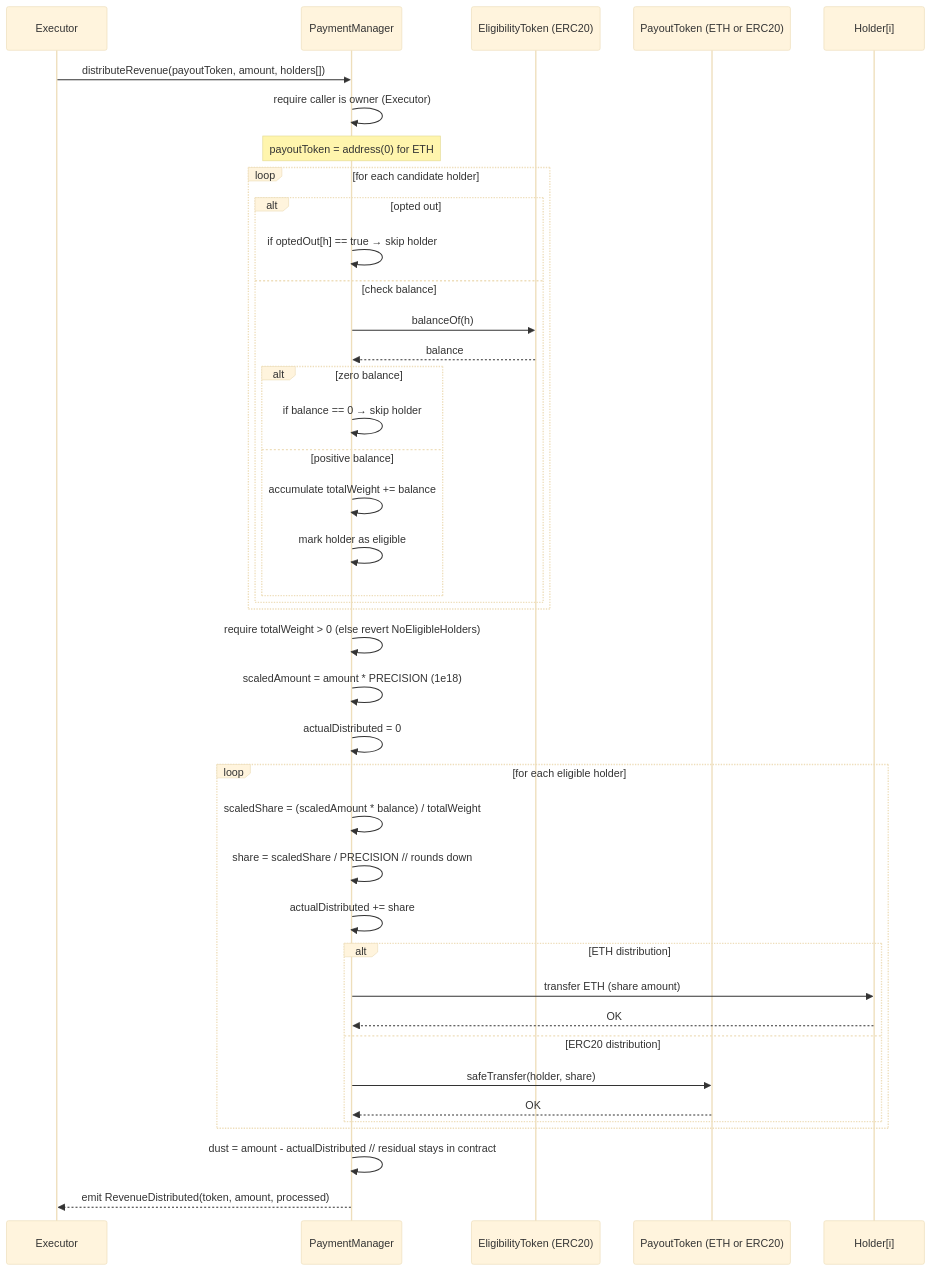
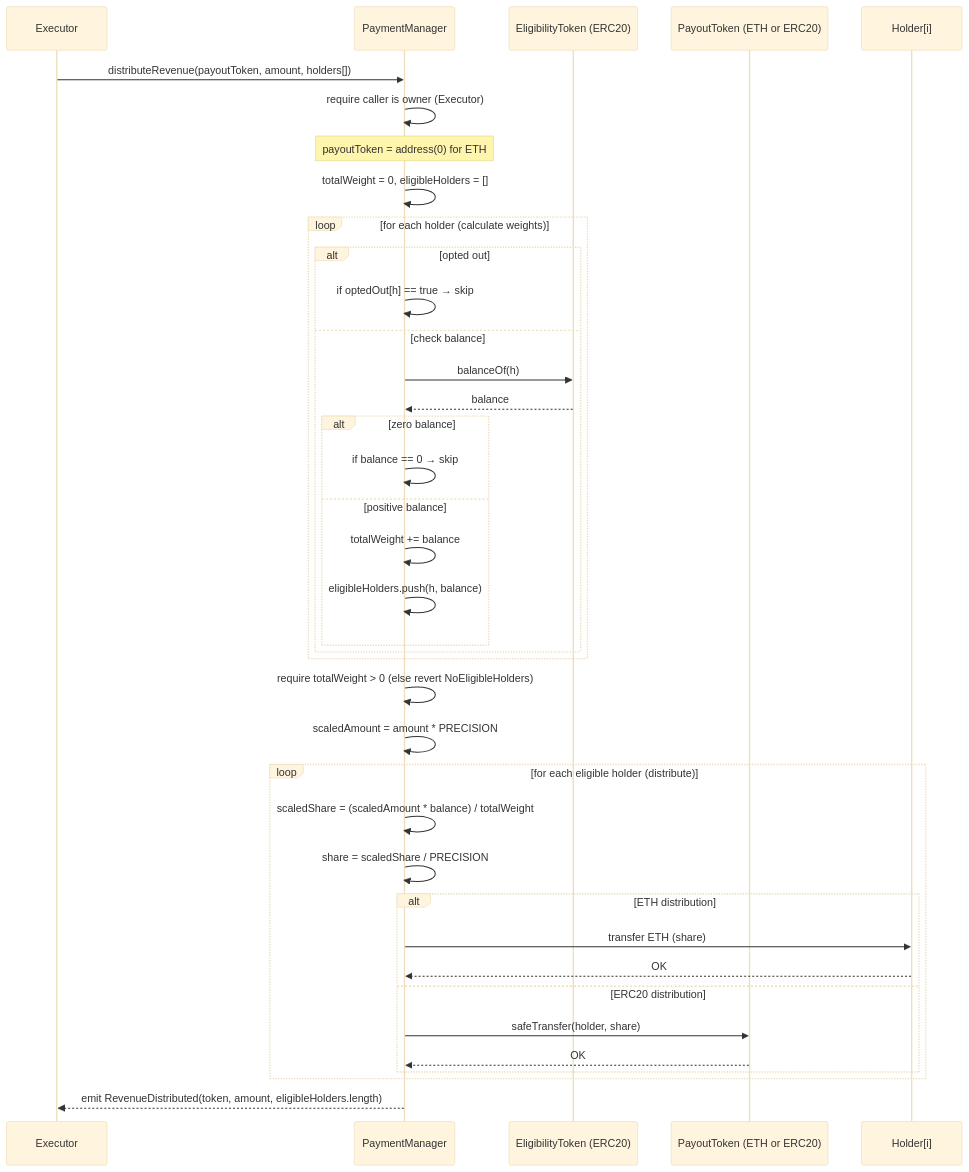
One commit to PerpetualOrganizationArchitect/POP changed the third of 4 diagrams in PaymentManager-TechnicalSpec.md. Above: the diagram before and after it, drawn with Mermaid (base theme).

Commit message:
Optimize distribution flow to show necessary two-pass approach
Updated sequence diagram to clearly show:
1. First pass: Calculate total weight and identify eligible holders
2. Second pass: Distribute funds to eligible holders only

This is more accurate as we need the total weight before calculating
individual shares, but we only iterate over eligible holders in the
distribution phase.

🤖 Generated with [Claude Code](https://claude.ai/code)

````diff
--- a/PaymentManager-TechnicalSpec.md
+++ b/PaymentManager-TechnicalSpec.md
@@ -202,43 +202,45 @@
 ```mermaid
 sequenceDiagram
     participant E as Executor
     participant PM as PaymentManager
     participant ET as EligibilityToken (ERC20)
     participant PT as PayoutToken (ETH or ERC20)
     participant H as Holder[i]
 
     E->>PM: distributeRevenue(payoutToken, amount, holders[])
     PM->>PM: require caller is owner (Executor)
     Note over PM: payoutToken = address(0) for ETH
-    loop for each candidate holder
+    PM->>PM: totalWeight = 0, eligibleHolders = []
+    
+    loop for each holder (calculate weights)
       alt opted out
-        PM->>PM: if optedOut[h] == true → skip holder
+        PM->>PM: if optedOut[h] == true → skip
       else check balance
         PM->>ET: balanceOf(h)
         ET-->>PM: balance
         alt zero balance
-          PM->>PM: if balance == 0 → skip holder
+          PM->>PM: if balance == 0 → skip
         else positive balance
-          PM->>PM: accumulate totalWeight += balance
-          PM->>PM: mark holder as eligible
+          PM->>PM: totalWeight += balance
+          PM->>PM: eligibleHolders.push(h, balance)
         end
       end
     end
+    
     PM->>PM: require totalWeight > 0 (else revert NoEligibleHolders)
-    PM->>PM: scaledAmount = amount * PRECISION (1e18)
-    PM->>PM: actualDistributed = 0
-    loop for each eligible holder
+    PM->>PM: scaledAmount = amount * PRECISION
+    
+    loop for each eligible holder (distribute)
       PM->>PM: scaledShare = (scaledAmount * balance) / totalWeight
-      PM->>PM: share = scaledShare / PRECISION  // rounds down
-      PM->>PM: actualDistributed += share
+      PM->>PM: share = scaledShare / PRECISION
       alt ETH distribution
-        PM->>H: transfer ETH (share amount)
+        PM->>H: transfer ETH (share)
         H-->>PM: OK
       else ERC20 distribution
         PM->>PT: safeTransfer(holder, share)
         PT-->>PM: OK
       end
     end
-    PM->>PM: dust = amount - actualDistributed  // residual stays in contract
-    PM-->>E: emit RevenueDistributed(token, amount, processed)
+    
+    PM-->>E: emit RevenueDistributed(token, amount, eligibleHolders.length)
 ```
````
